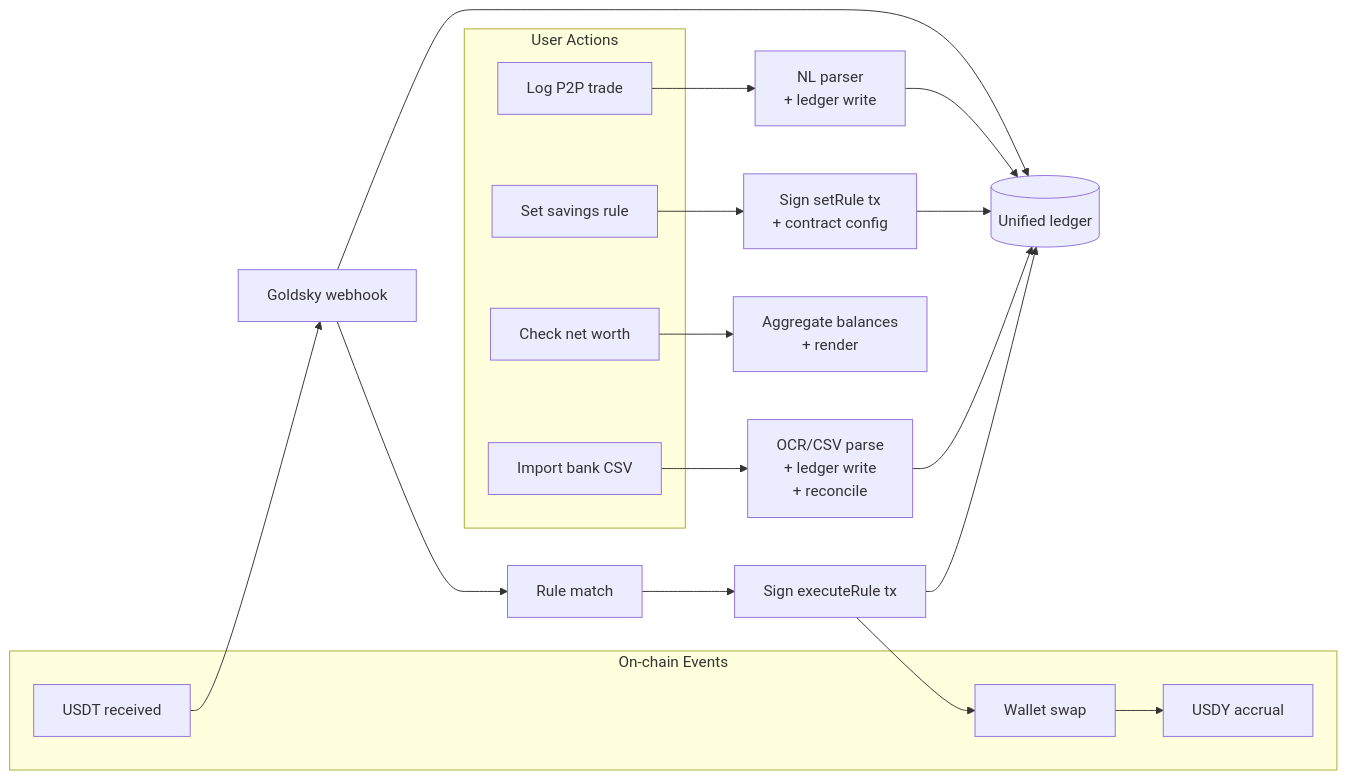
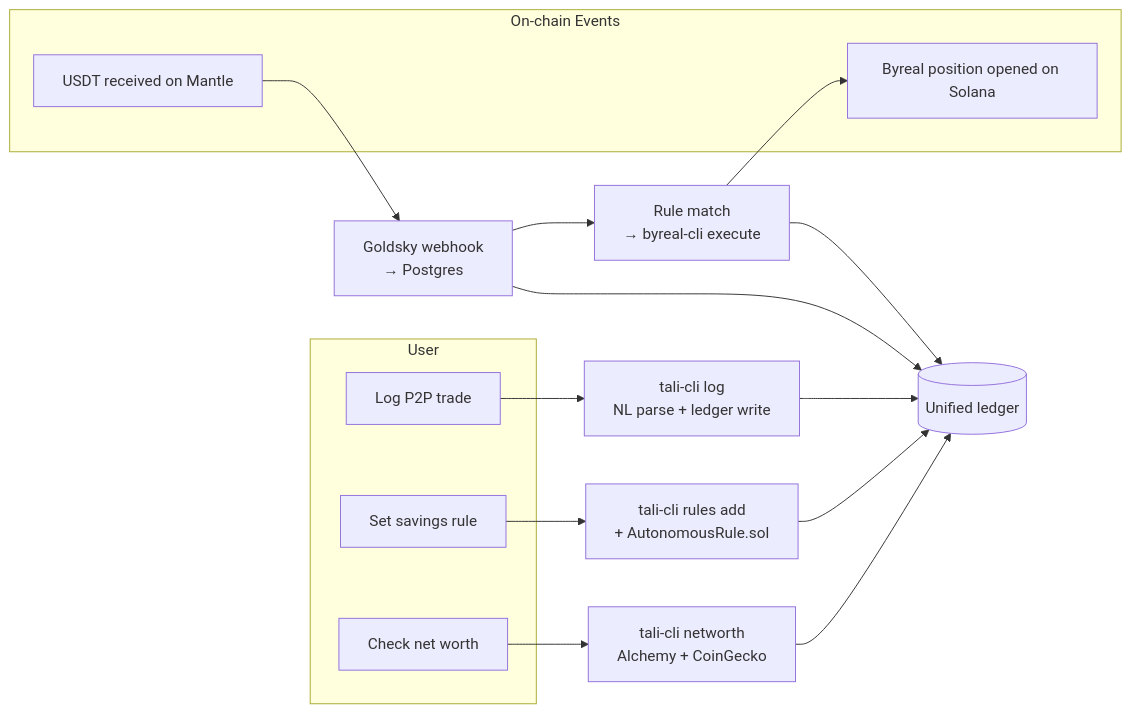
One commit to aliyanamu/tali changed the third of 3 diagrams in docs/architecture.md. Above: the diagram before and after it, drawn with Mermaid. The commit also changed other lines of this file and 16 other files, not shown here.

First line of the commit message:
refactor: replace Telegram bot + RealClaw with tali-cli OpenClaw skill

````diff
--- a/docs/architecture.md
+++ b/docs/architecture.md
@@ -97,32 +112,27 @@
 ```mermaid
 flowchart LR
-    subgraph User Actions
+    subgraph User
         U1[Log P2P trade]
         U2[Set savings rule]
         U3[Check net worth]
-        U4[Import bank CSV]
     end
 
     subgraph On-chain Events
-        E1[USDT received]
-        E2[Wallet swap]
-        E3[USDY accrual]
+        E1[USDT received on Mantle]
+        E2[Byreal position opened on Solana]
     end
 
-    U1 --> NL[NL parser<br/>+ ledger write]
-    U2 --> SET[Sign setRule tx<br/>+ contract config]
-    U3 --> AGG[Aggregate balances<br/>+ render]
-    U4 --> OCR[OCR/CSV parse<br/>+ ledger write<br/>+ reconcile]
+    U1 --> NL[tali-cli log<br/>NL parse + ledger write]
+    U2 --> SET[tali-cli rules add<br/>+ AutonomousRule.sol]
+    U3 --> AGG[tali-cli networth<br/>Alchemy + CoinGecko]
 
-    E1 --> WH[Goldsky webhook]
-    WH --> MATCH[Rule match]
-    MATCH --> EXEC[Sign executeRule tx]
-    EXEC --> E2
-    E2 --> E3
+    E1 --> WH[Goldsky webhook<br/>→ Postgres]
+    WH --> MATCH[Rule match<br/>→ byreal-cli execute]
+    MATCH --> E2
 
     NL --> LEDGER[(Unified ledger)]
     SET --> LEDGER
-    OCR --> LEDGER
-    EXEC --> LEDGER
+    AGG --> LEDGER
     WH --> LEDGER
+    MATCH --> LEDGER
 ```
````
